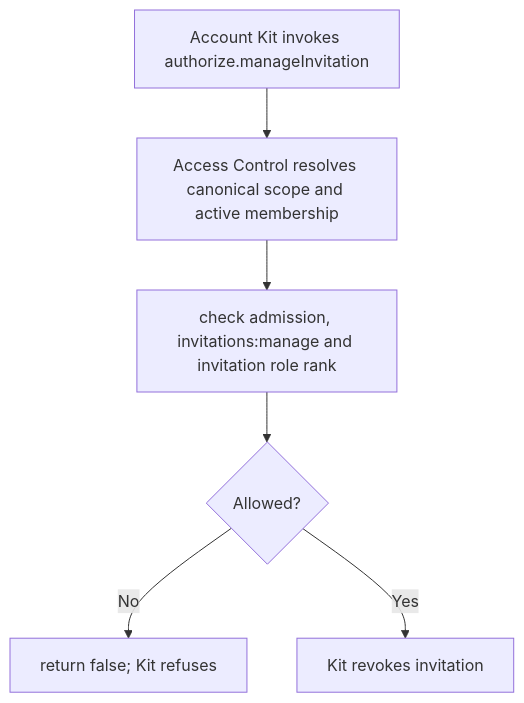
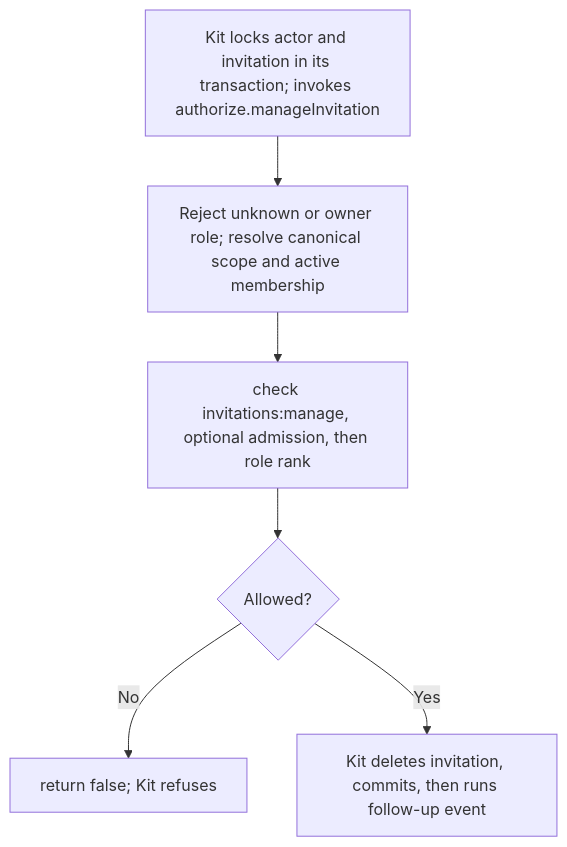
One commit to Kevinjohn/oss-adonisjs-access-control changed the second of 2 diagrams in user-stories/US-ACCESS-24-revoke-invitation.md. Above: the diagram before and after it, drawn with Mermaid. The commit also changed 31 other files, not shown here.

````diff
--- a/user-stories/US-ACCESS-24-revoke-invitation.md
+++ b/user-stories/US-ACCESS-24-revoke-invitation.md
@@ -31,8 +31,8 @@
 ```mermaid
 flowchart TD
-    A["Account Kit invokes authorize.manageInvitation"] --> B["Access Control resolves canonical scope and active membership"]
-    B --> C["check admission, invitations:manage and invitation role rank"]
+    A["Kit locks actor and invitation in its transaction; invokes authorize.manageInvitation"] --> B["Reject unknown or owner role; resolve canonical scope and active membership"]
+    B --> C["check invitations:manage, optional admission, then role rank"]
     C --> D{"Allowed?"}
     D -->|No| E["return false; Kit refuses"]
-    D -->|Yes| F["Kit revokes invitation"]
+    D -->|Yes| F["Kit deletes invitation, commits, then runs follow-up event"]
 ```
````
